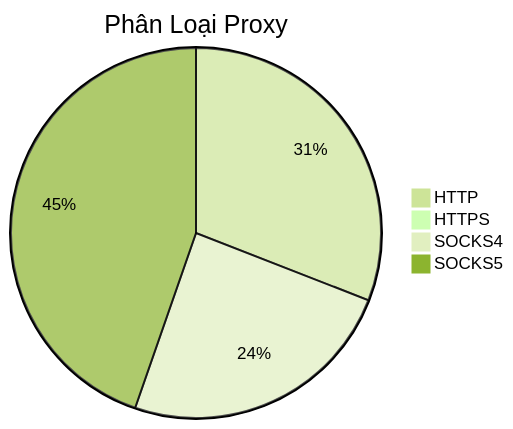
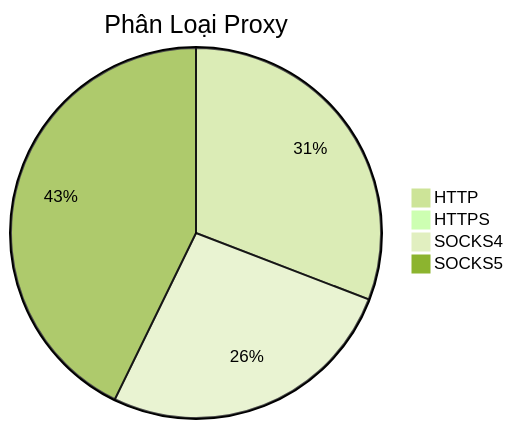
Before and after one commit to Ciara-12/PROXY-free: the diagram in README.md, drawn with Mermaid (forest theme). The commit also changed other lines of this file and 4 other files, not shown here.

````diff
--- a/README.md
+++ b/README.md
@@ -26,7 +26,7 @@
 ```mermaid
 pie title Phân Loại Proxy
-    "HTTP" : 380
-    "HTTPS" : 0
-    "SOCKS4" : 300
-    "SOCKS5" : 549
+    "HTTP" : 318
+    "HTTPS" : 2
+    "SOCKS4" : 272
+    "SOCKS5" : 441
 ```
````
